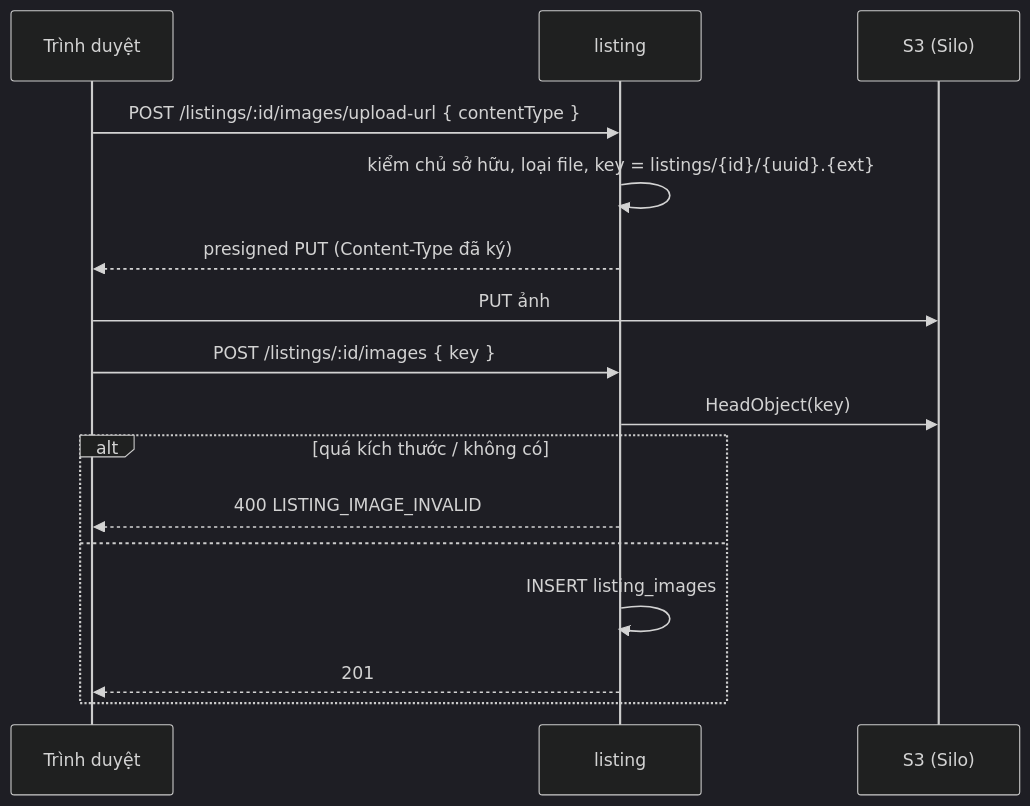
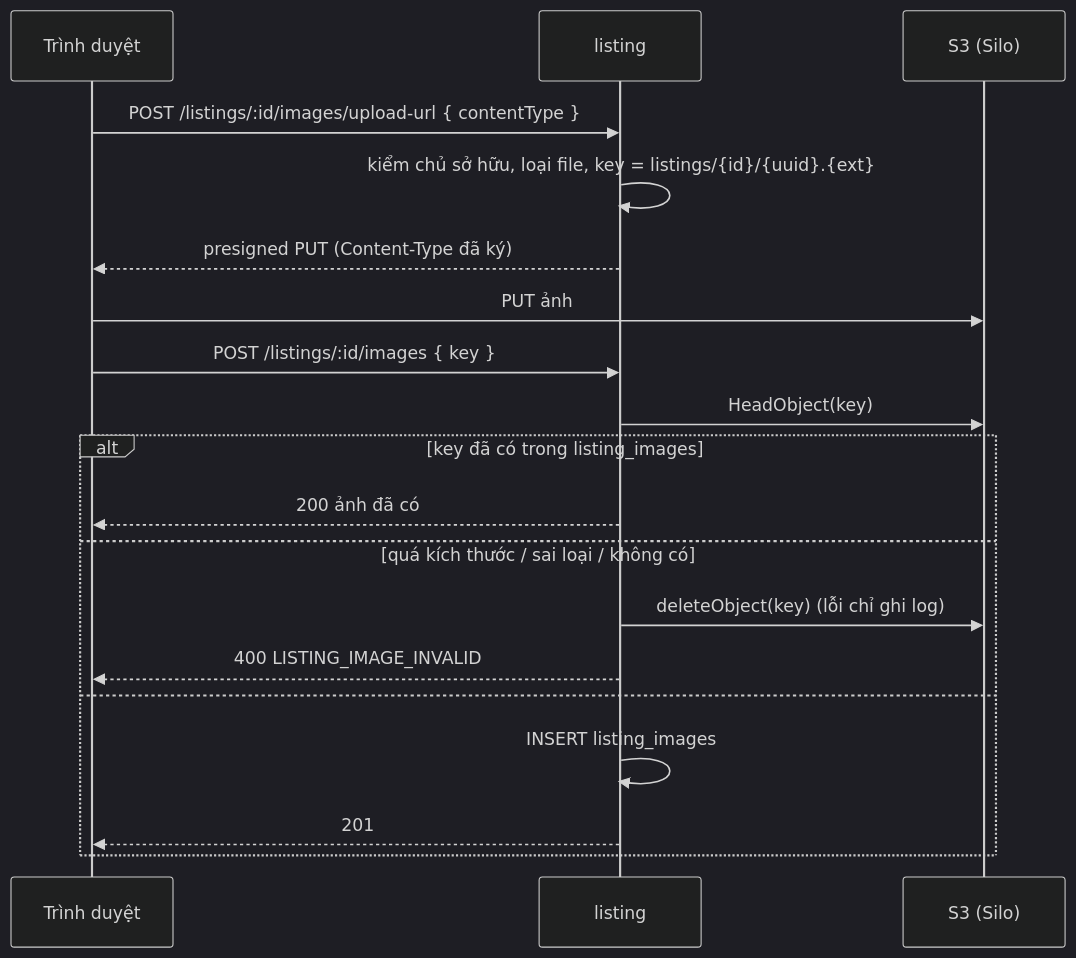
One commit to ITHoangLV/Realestate_Microservice changed the second of 3 diagrams in project-knowledge/design/LISTING/RE.LISTING/Processing_Flow.md. Above: the diagram before and after it, drawn with Mermaid (dark theme). The commit also changed other lines of this file and 4 other files, not shown here.

````diff
--- a/project-knowledge/design/LISTING/RE.LISTING/Processing_Flow.md
+++ b/project-knowledge/design/LISTING/RE.LISTING/Processing_Flow.md
@@ -25,18 +25,21 @@
 ```mermaid
 sequenceDiagram
     participant C as Trình duyệt
     participant L as listing
     participant S3 as S3 (Silo)
     C->>L: POST /listings/:id/images/upload-url { contentType }
     L->>L: kiểm chủ sở hữu, loại file, key = listings/{id}/{uuid}.{ext}
     L-->>C: presigned PUT (Content-Type đã ký)
     C->>S3: PUT ảnh
     C->>L: POST /listings/:id/images { key }
     L->>S3: HeadObject(key)
-    alt quá kích thước / không có
+    alt key đã có trong listing_images
+        L-->>C: 200 ảnh đã có
+    else quá kích thước / sai loại / không có
+        L->>S3: deleteObject(key) (lỗi chỉ ghi log)
         L-->>C: 400 LISTING_IMAGE_INVALID
     else
         L->>L: INSERT listing_images
         L-->>C: 201
     end
 ```
````
